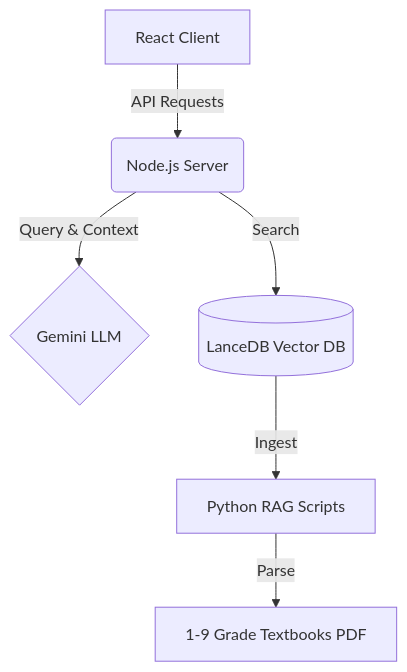
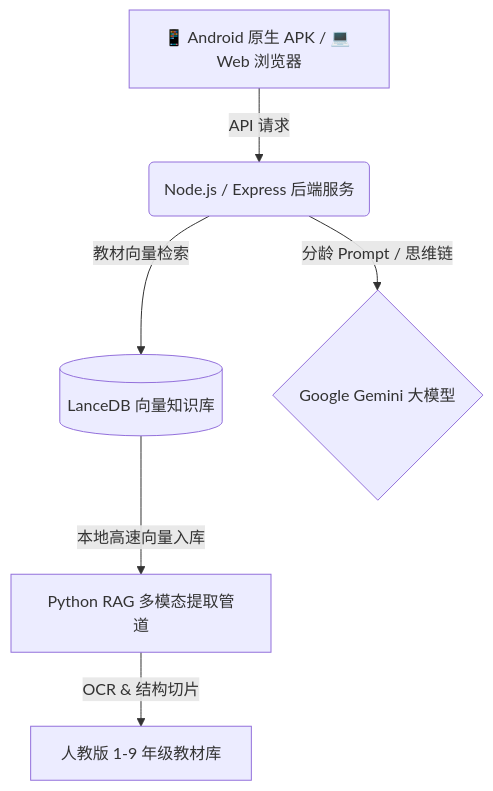
One commit to Zenglian990/AI_Tutor_Release changed the diagram in README.md. Above: the diagram before and after it, drawn with Mermaid. The commit also changed other lines of this file and 8 other files, not shown here.

````diff
--- a/README.md
+++ b/README.md
@@ -56,8 +103,8 @@
 ```mermaid
 graph TD
-    A[React Client] -->|API Requests| B(Node.js Server)
-    B -->|Query & Context| C{Gemini LLM}
-    B -->|Search| D[(LanceDB Vector DB)]
-    D -->|Ingest| E[Python RAG Scripts]
-    E -->|Parse| F[1-9 Grade Textbooks PDF]
+    UserApp[📱 Android 原生 APK / 💻 Web 浏览器] -->|API 请求| Server(Node.js / Express 后端服务)
+    Server -->|教材向量检索| LanceDB[(LanceDB 向量知识库)]
+    Server -->|分龄 Prompt / 思维链| Gemini{Google Gemini 大模型}
+    LanceDB -->|本地高速向量入库| PythonRAG[Python RAG 多模态提取管道]
+    PythonRAG -->|OCR & 结构切片| Textbooks[人教版 1-9 年级教材库]
 ```
````
